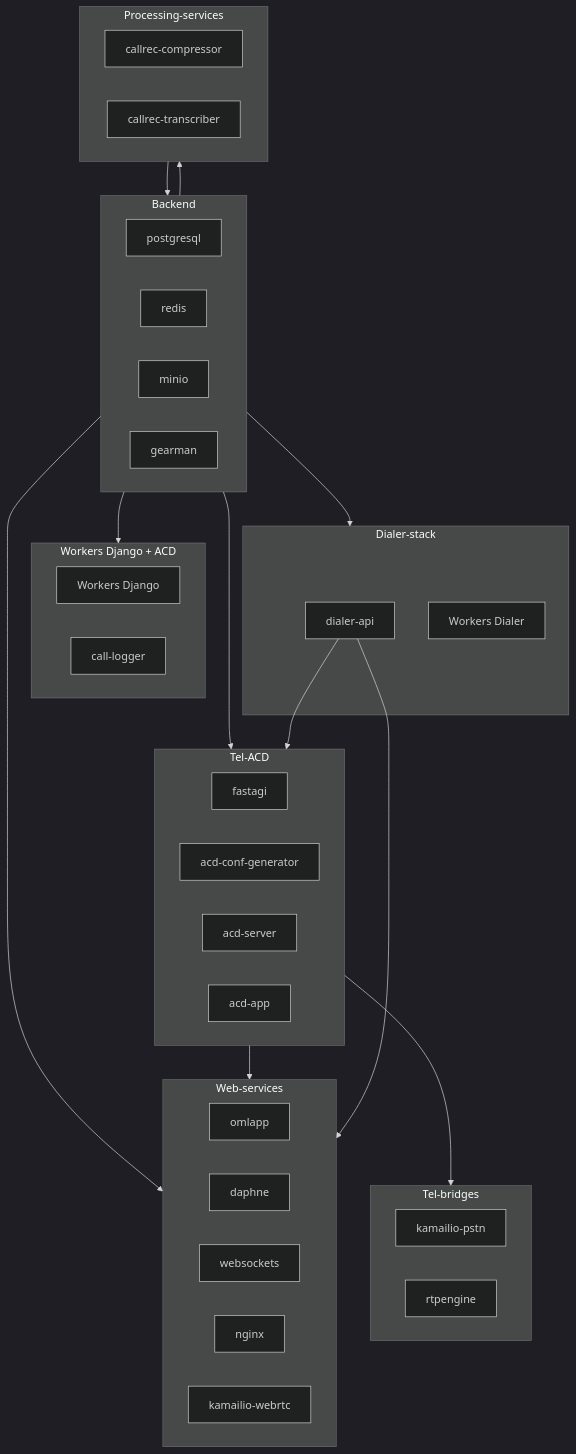
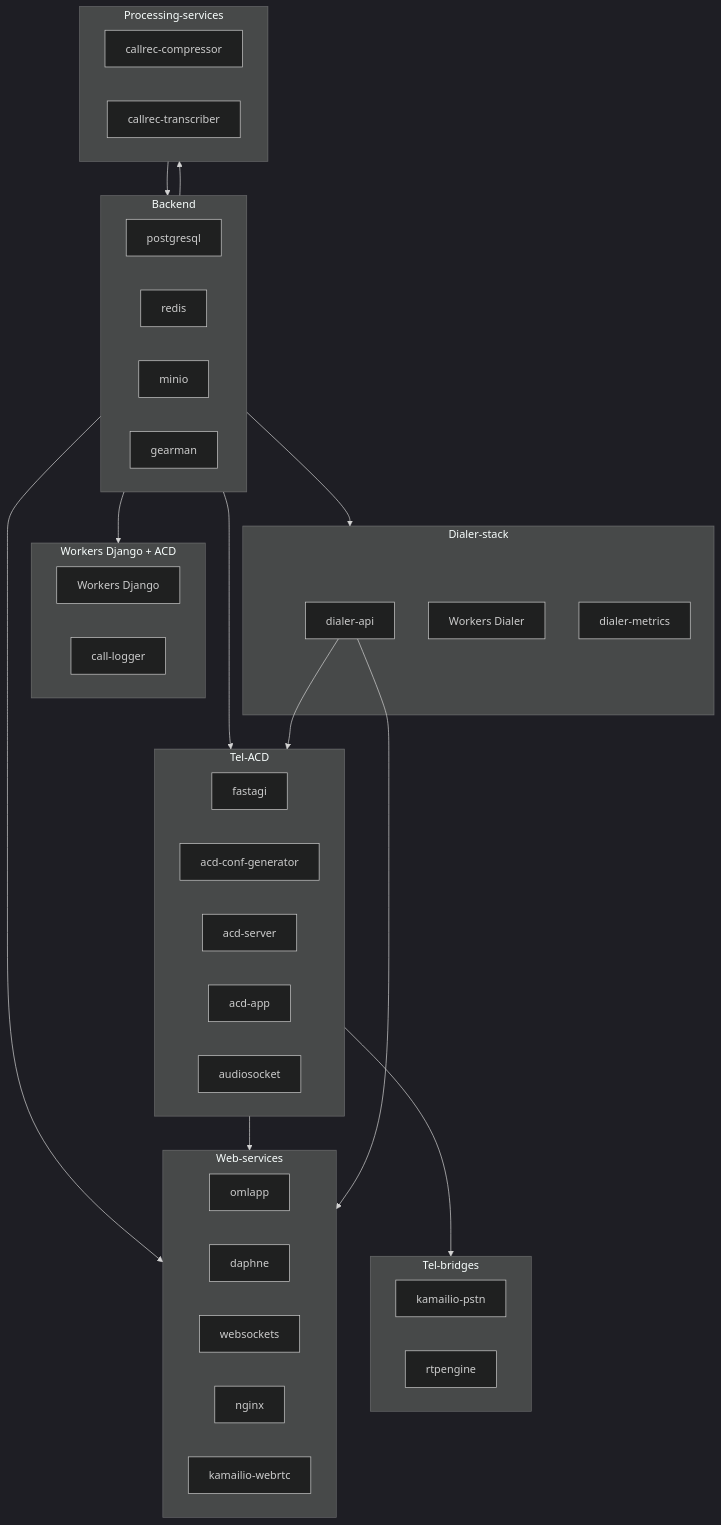
Before and after one commit to Freetech-Solutions/omldeploytool: the diagram in docker-compose/deploy.md, drawn with Mermaid (dark theme). The commit also changed other lines of this file and 4 other files, not shown here.

````diff
--- a/docker-compose/deploy.md
+++ b/docker-compose/deploy.md
@@ -255,55 +278,57 @@
 ```mermaid
 flowchart TB
   subgraph backend [Backend]
     postgresql[postgresql]
     redis[redis]
     minio[minio]
     gearman[gearman]
   end
 
   subgraph tel_acd [Tel-ACD]
     fastagi[fastagi]
     acd_conf[acd-conf-generator]
     acd_server[acd-server]
     acd_app[acd-app]
+    audiosocket[audiosocket]
   end
 
   subgraph tel_bridges [Tel-bridges]
     kamailio_pstn[kamailio-pstn]
     rtpengine[rtpengine]
   end
 
   subgraph web_services [Web-services]
     omlapp[omlapp]
     daphne[daphne]
     websockets[websockets]
     nginx[nginx]
     kamailio_webrtc[kamailio-webrtc]
   end
 
   subgraph workers [Workers Django + ACD]
     workers_django[Workers Django]
     call_logger[call-logger]
   end
 
   subgraph dialer_stack [Dialer-stack]
     dialer_api[dialer-api]
     dialer_workers[Workers Dialer]
+    dialer_metrics[dialer-metrics]
   end
 
   subgraph processing [Processing-services]
     callrec_compressor[callrec-compressor]
     callrec_transcriber[callrec-transcriber]
   end
 
   backend --> web_services
   backend --> tel_acd
   backend --> dialer_stack
   backend --> workers
   backend --> processing
   tel_acd --> tel_bridges
   tel_acd --> web_services
   dialer_api --> tel_acd
   dialer_api --> web_services
   processing --> backend
 ```
````
